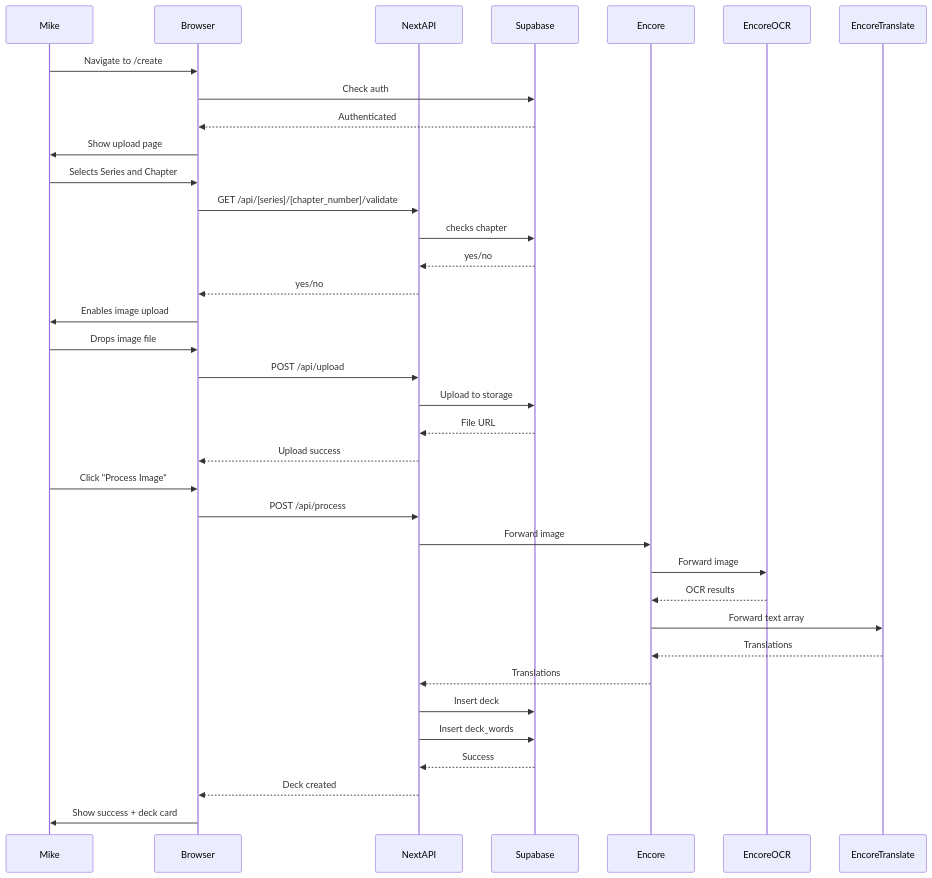
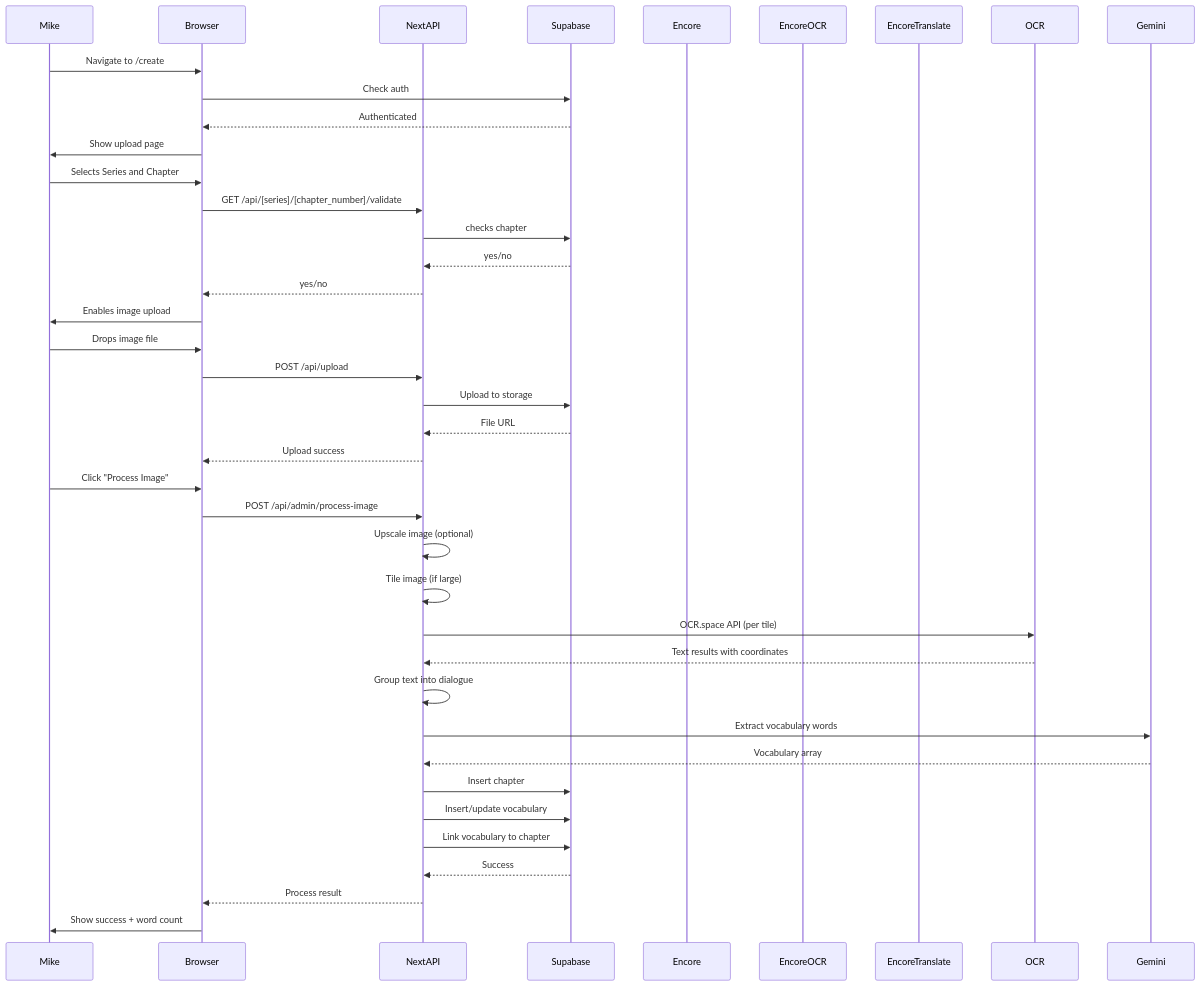
The third of 3 diagrams in docs/rebuild-documentation.md (gwarren3210/ankitoon), drawn with Mermaid before and after one commit. The commit also changed 54 other files, not shown here.

````diff
--- a/docs/rebuild-documentation.md
+++ b/docs/rebuild-documentation.md
@@ -546,43 +546,44 @@
 ```mermaid
 sequenceDiagram
     participant Mike
     participant Browser
     participant NextAPI
     participant Supabase
     participant Encore
     participant EncoreOCR
     participant EncoreTranslate
     
     Mike->>Browser: Navigate to /create
     Browser->>Supabase: Check auth
     Supabase-->>Browser: Authenticated
     Browser->>Mike: Show upload page
     
     Mike->>Browser: Selects Series and Chapter
     Browser->>NextAPI: GET /api/[series]/[chapter_number]/validate
     NextAPI->>Supabase: checks chapter
     Supabase-->>NextAPI: yes/no
     NextAPI-->>Browser: yes/no
     Browser->>Mike: Enables image upload
     
     Mike->>Browser: Drops image file
     Browser->>NextAPI: POST /api/upload
     NextAPI->>Supabase: Upload to storage
     Supabase-->>NextAPI: File URL
     NextAPI-->>Browser: Upload success
     
     Mike->>Browser: Click "Process Image"
-    Browser->>NextAPI: POST /api/process
-    NextAPI->>Encore: Forward image
-    Encore->>EncoreOCR: Forward image
-    EncoreOCR-->>Encore: OCR results
-    Encore->>EncoreTranslate: Forward text array
-    EncoreTranslate-->>Encore: Translations
-    Encore-->>NextAPI: Translations
-
-    NextAPI->>Supabase: Insert deck
-    NextAPI->>Supabase: Insert deck_words
+    Browser->>NextAPI: POST /api/admin/process-image
+    NextAPI->>NextAPI: Upscale image (optional)
+    NextAPI->>NextAPI: Tile image (if large)
+    NextAPI->>OCR: OCR.space API (per tile)
+    OCR-->>NextAPI: Text results with coordinates
+    NextAPI->>NextAPI: Group text into dialogue
+    NextAPI->>Gemini: Extract vocabulary words
+    Gemini-->>NextAPI: Vocabulary array
+    NextAPI->>Supabase: Insert chapter
+    NextAPI->>Supabase: Insert/update vocabulary
+    NextAPI->>Supabase: Link vocabulary to chapter
     Supabase-->>NextAPI: Success
-    NextAPI-->>Browser: Deck created
-    Browser->>Mike: Show success + deck card
+    NextAPI-->>Browser: Process result
+    Browser->>Mike: Show success + word count
 ```
````
